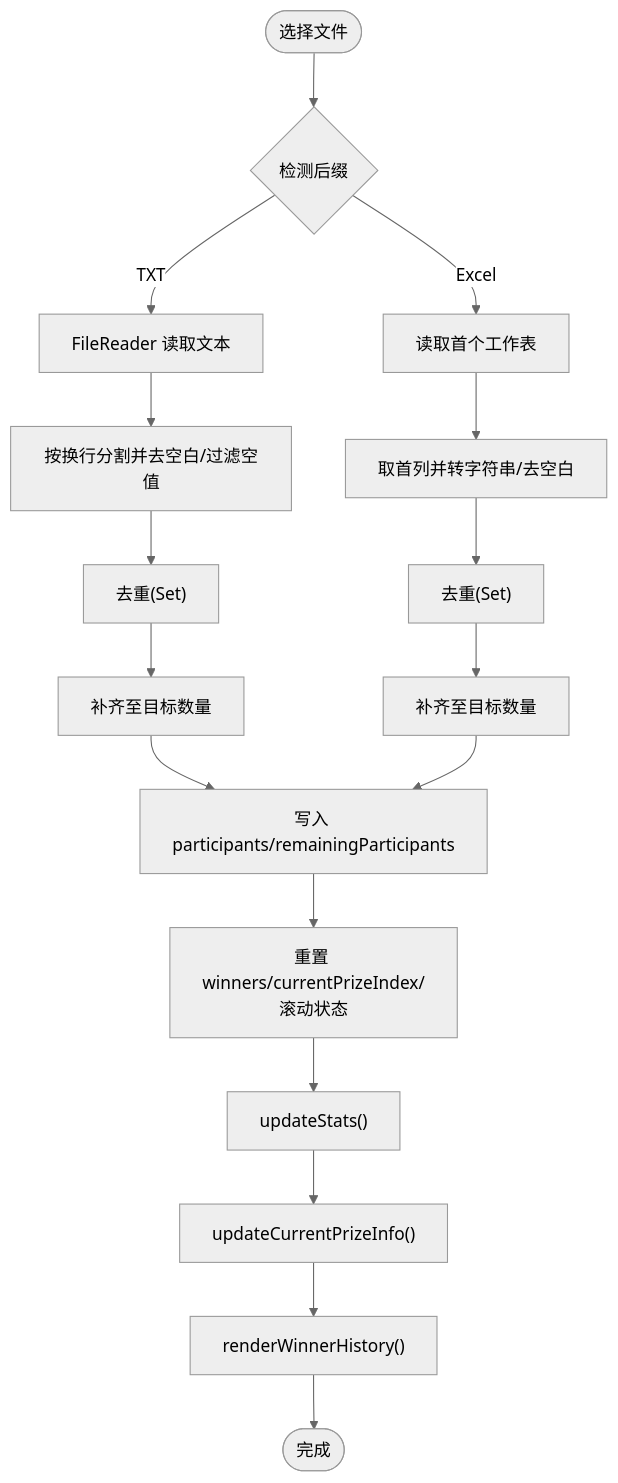
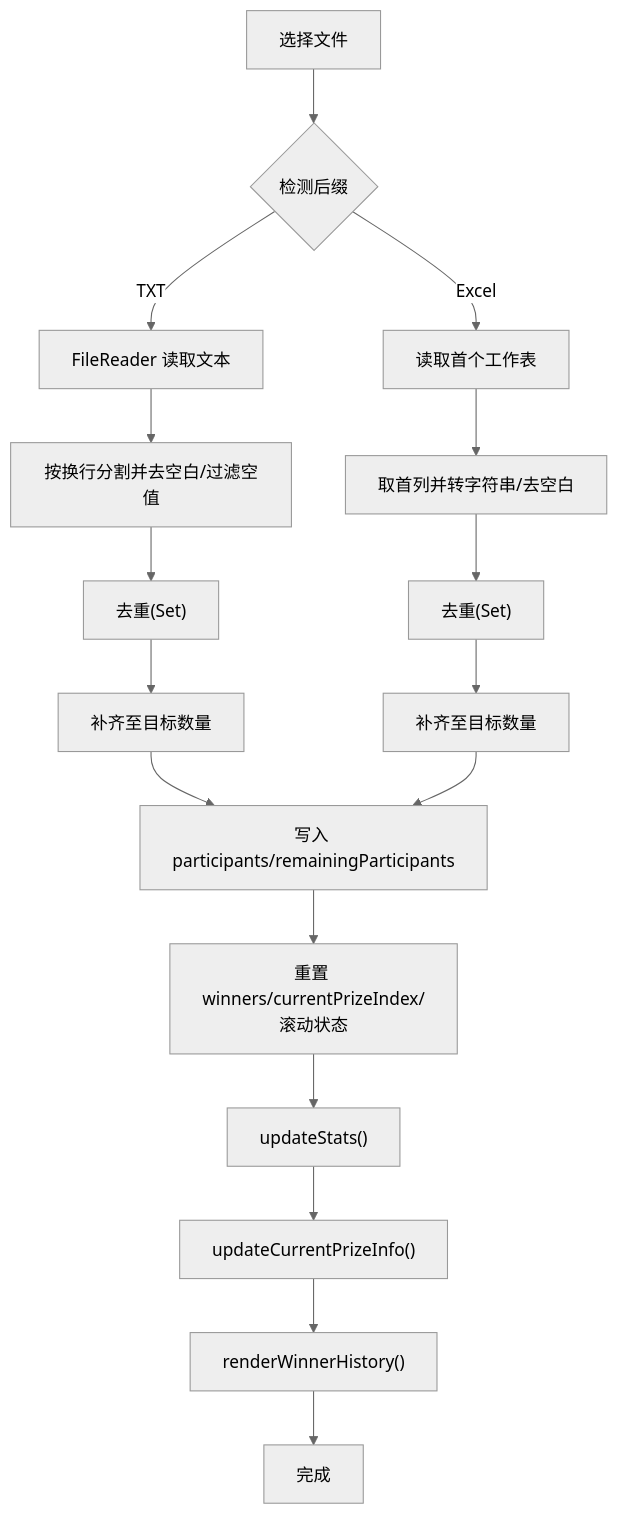
One commit to jiargcn/qoder_gen_lottery changed the fourth of 8 diagrams in .qoder/repowiki/zh/content/核心功能.md. Above: the diagram before and after it, drawn with Mermaid (neutral theme). The commit also changed other lines of this file and 4 other files, not shown here.

````diff
--- a/.qoder/repowiki/zh/content/核心功能.md
+++ b/.qoder/repowiki/zh/content/核心功能.md
@@ -158,19 +165,19 @@
 ```mermaid
 flowchart TD
-S(["选择文件"]) --> Detect{"检测后缀"}
+S["选择文件"] --> Detect{"检测后缀"}
 Detect --> |TXT| ReadTxt["FileReader 读取文本"]
 ReadTxt --> Split["按换行分割并去空白/过滤空值"]
 Split --> Dedup["去重(Set)"]
 Dedup --> Ensure["补齐至目标数量"]
 Ensure --> Apply["写入 participants/remainingParticipants"]
 Detect --> |Excel| ReadXlsx["读取首个工作表"]
 ReadXlsx --> Extract["取首列并转字符串/去空白"]
 Extract --> Dedup2["去重(Set)"]
 Dedup2 --> Ensure2["补齐至目标数量"]
 Ensure2 --> Apply
 Apply --> Reset["重置 winners/currentPrizeIndex/滚动状态"]
 Reset --> Stats["updateStats()"]
 Stats --> Current["updateCurrentPrizeInfo()"]
 Current --> History["renderWinnerHistory()"]
-History --> Done(["完成"])
+History --> Done["完成"]
 ```
````
